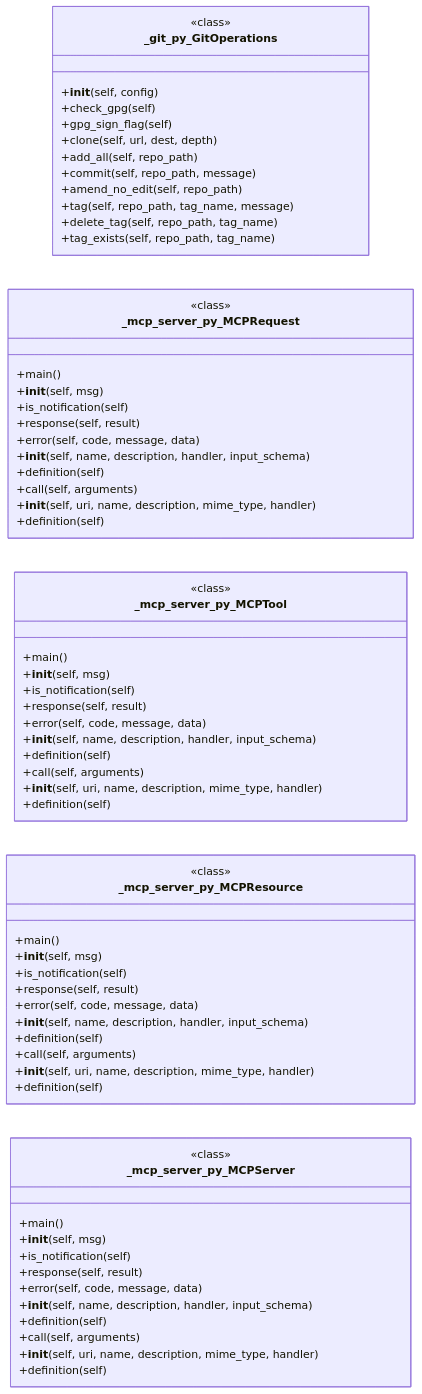
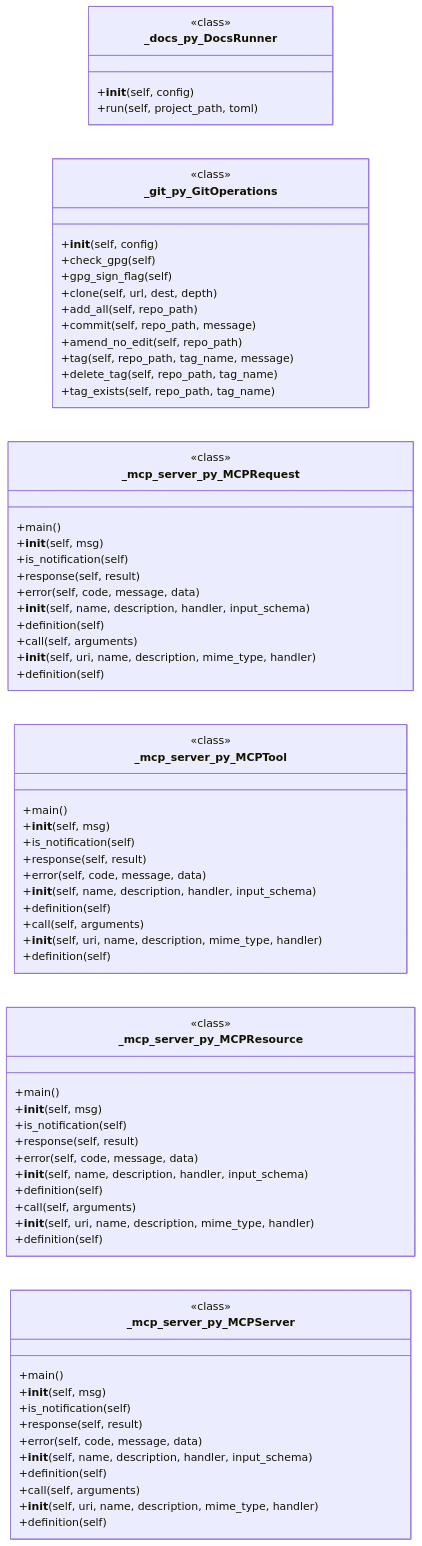
One commit to grisuno/deploynator changed diagram 12 of 20 in KNOWLEDGE_BASE.md. Above: the diagram before and after it, drawn with Mermaid. The commit also changed other lines of this file and 120 other files, not shown here.

````diff
--- a/KNOWLEDGE_BASE.md
+++ b/KNOWLEDGE_BASE.md
@@ -1420,69 +1437,74 @@
 ```mermaid
 classDiagram
   direction LR
+  class _docs_py_DocsRunner {
+    <<class>>
+    +__init__(self, config)
+    +run(self, project_path, toml)
+  }
   class _git_py_GitOperations {
     <<class>>
     +__init__(self, config)
     +check_gpg(self)
     +gpg_sign_flag(self)
     +clone(self, url, dest, depth)
     +add_all(self, repo_path)
     +commit(self, repo_path, message)
     +amend_no_edit(self, repo_path)
     +tag(self, repo_path, tag_name, message)
     +delete_tag(self, repo_path, tag_name)
     +tag_exists(self, repo_path, tag_name)
   }
   class _mcp_server_py_MCPRequest {
     <<class>>
     +main()
     +__init__(self, msg)
     +is_notification(self)
     +response(self, result)
     +error(self, code, message, data)
     +__init__(self, name, description, handler, input_schema)
     +definition(self)
     +call(self, arguments)
     +__init__(self, uri, name, description, mime_type, handler)
     +definition(self)
   }
   class _mcp_server_py_MCPTool {
     <<class>>
     +main()
     +__init__(self, msg)
     +is_notification(self)
     +response(self, result)
     +error(self, code, message, data)
     +__init__(self, name, description, handler, input_schema)
     +definition(self)
     +call(self, arguments)
     +__init__(self, uri, name, description, mime_type, handler)
     +definition(self)
   }
   class _mcp_server_py_MCPResource {
     <<class>>
     +main()
     +__init__(self, msg)
     +is_notification(self)
     +response(self, result)
     +error(self, code, message, data)
     +__init__(self, name, description, handler, input_schema)
     +definition(self)
     +call(self, arguments)
     +__init__(self, uri, name, description, mime_type, handler)
     +definition(self)
   }
   class _mcp_server_py_MCPServer {
     <<class>>
     +main()
     +__init__(self, msg)
     +is_notification(self)
     +response(self, result)
     +error(self, code, message, data)
     +__init__(self, name, description, handler, input_schema)
     +definition(self)
     +call(self, arguments)
     +__init__(self, uri, name, description, mime_type, handler)
     +definition(self)
   }
 ```
````
